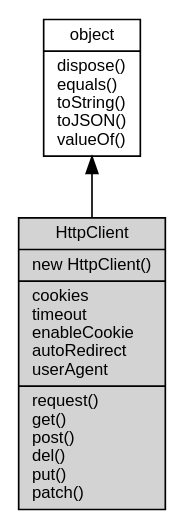
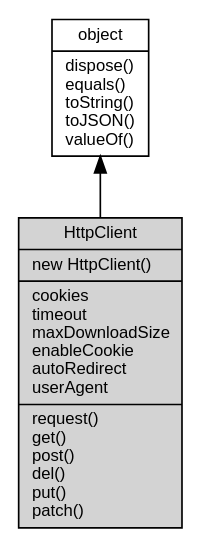
One commit to fibjs/fibjs.org changed the diagram in docs/manual/object/ifs/HttpClient.md. Above: the diagram before and after it, drawn with Graphviz. The commit also changed other lines of this file and 265 other files, not shown here.

````diff
--- a/docs/manual/object/ifs/HttpClient.md
+++ b/docs/manual/object/ifs/HttpClient.md
@@ -14,10 +14,10 @@
 ```dot
 digraph {
     node [fontname="Helvetica,sans-Serif", fontsize=10, shape="record", style="filled", fillcolor="white"];
 
     object [tooltip="object", URL="object.md", label="{object|dispose()\lequals()\ltoString()\ltoJSON()\lvalueOf()\l}"];
-    HttpClient [tooltip="HttpClient", fillcolor="lightgray", label="{HttpClient|new HttpClient()\l|cookies\ltimeout\lenableCookie\lautoRedirect\luserAgent\l|request()\lget()\lpost()\ldel()\lput()\lpatch()\l}"];
+    HttpClient [tooltip="HttpClient", fillcolor="lightgray", label="{HttpClient|new HttpClient()\l|cookies\ltimeout\lmaxDownloadSize\lenableCookie\lautoRedirect\luserAgent\l|request()\lget()\lpost()\ldel()\lput()\lpatch()\l}"];
 
     object -> HttpClient [dir=back];
 }
 ```
````
